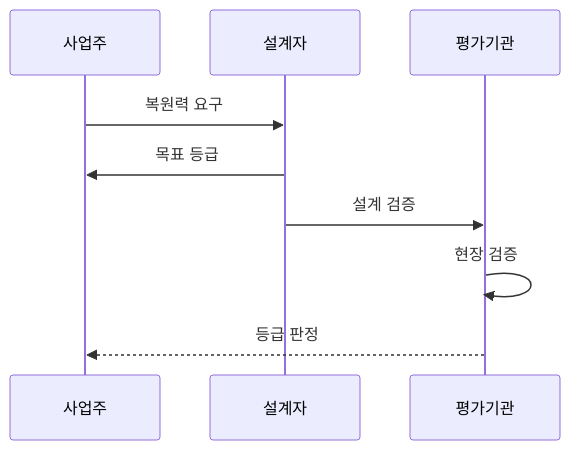
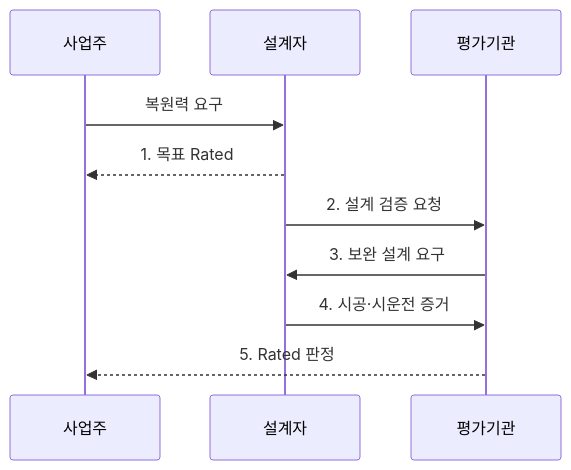
The second of 2 diagrams in src/content/docs/notes/06-evaluation/038_tia942_tier_rating.md (agnusdei1207/knowledge-base), drawn with Mermaid before and after one commit. The commit also changed other lines of this file and 9 other files, not shown here.

````diff
--- a/src/content/docs/notes/06-evaluation/038_tia942_tier_rating.md
+++ b/src/content/docs/notes/06-evaluation/038_tia942_tier_rating.md
@@ -91,11 +92,12 @@
 ```mermaid
 sequenceDiagram
     participant C as 사업주
     participant A as 설계자
     participant T as 평가기관
     C->>A: 복원력 요구
-    A->>C: 목표 등급
-    A->>T: 설계 검증
-    T->>T: 현장 검증
-    T-->>C: 등급 판정
+    A-->>C: 1. 목표 Rated
+    A->>T: 2. 설계 검증 요청
+    T->>A: 3. 보완 설계 요구
+    A->>T: 4. 시공·시운전 증거
+    T-->>C: 5. Rated 판정
 ```
````
